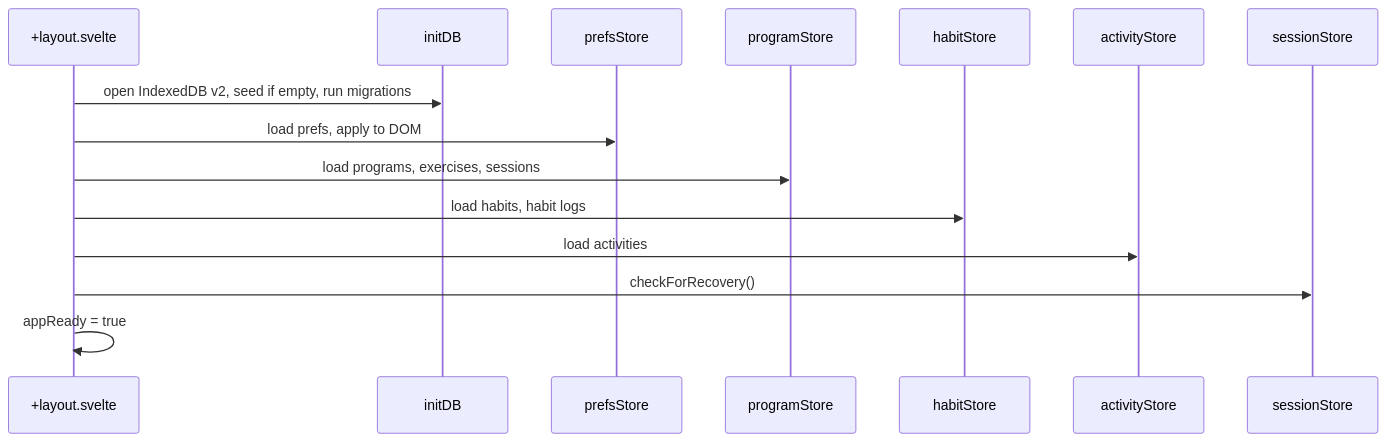
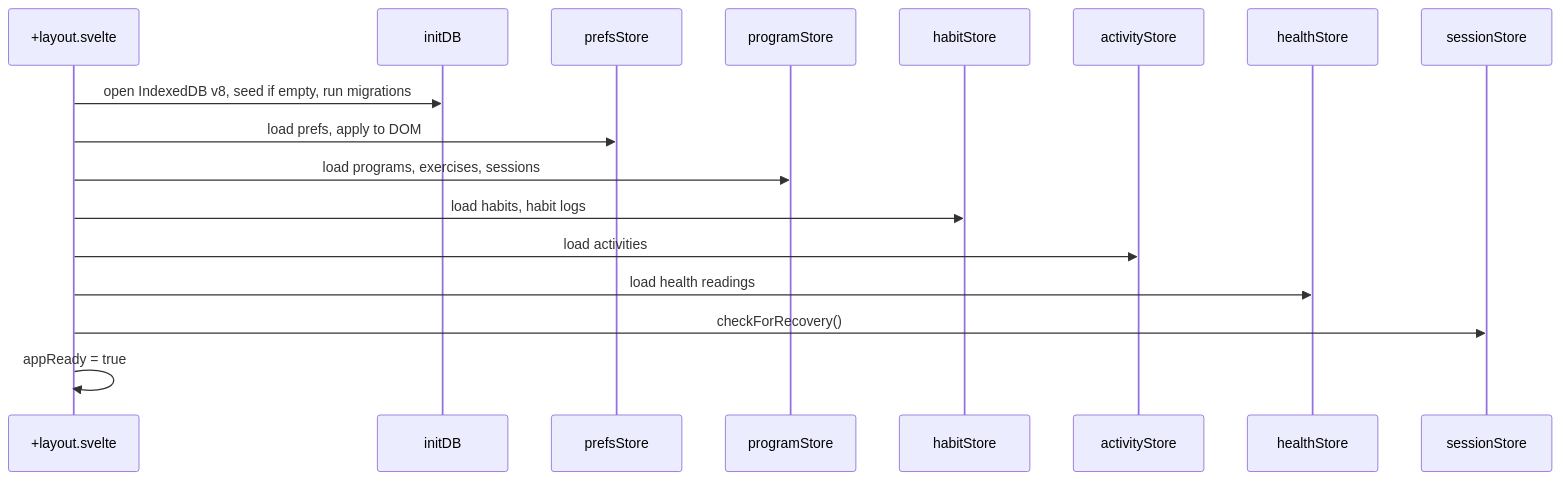
The second of 2 diagrams in docs/implementation/app-structure.md (jermbo/CosmicWorkOut), drawn with Mermaid before and after one commit. The commit also changed other lines of this file and 132 other files, not shown here.

````diff
--- a/docs/implementation/app-structure.md
+++ b/docs/implementation/app-structure.md
@@ -53,18 +74,20 @@
 ```mermaid
 sequenceDiagram
     participant L as +layout.svelte
     participant DB as initDB
     participant P as prefsStore
     participant Prog as programStore
     participant H as habitStore
     participant A as activityStore
+    participant He as healthStore
     participant S as sessionStore
 
-    L->>DB: open IndexedDB v2, seed if empty, run migrations
+    L->>DB: open IndexedDB v8, seed if empty, run migrations
     L->>P: load prefs, apply to DOM
     L->>Prog: load programs, exercises, sessions
     L->>H: load habits, habit logs
     L->>A: load activities
+    L->>He: load health readings
     L->>S: checkForRecovery()
     L->>L: appReady = true
 ```
````
